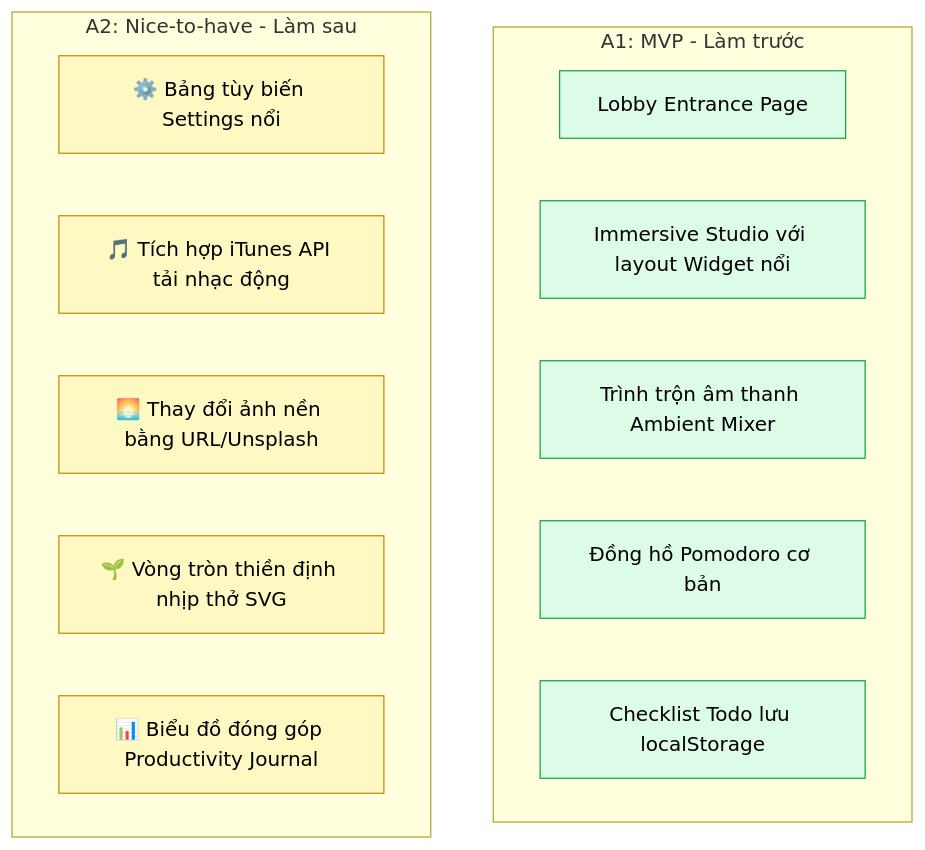
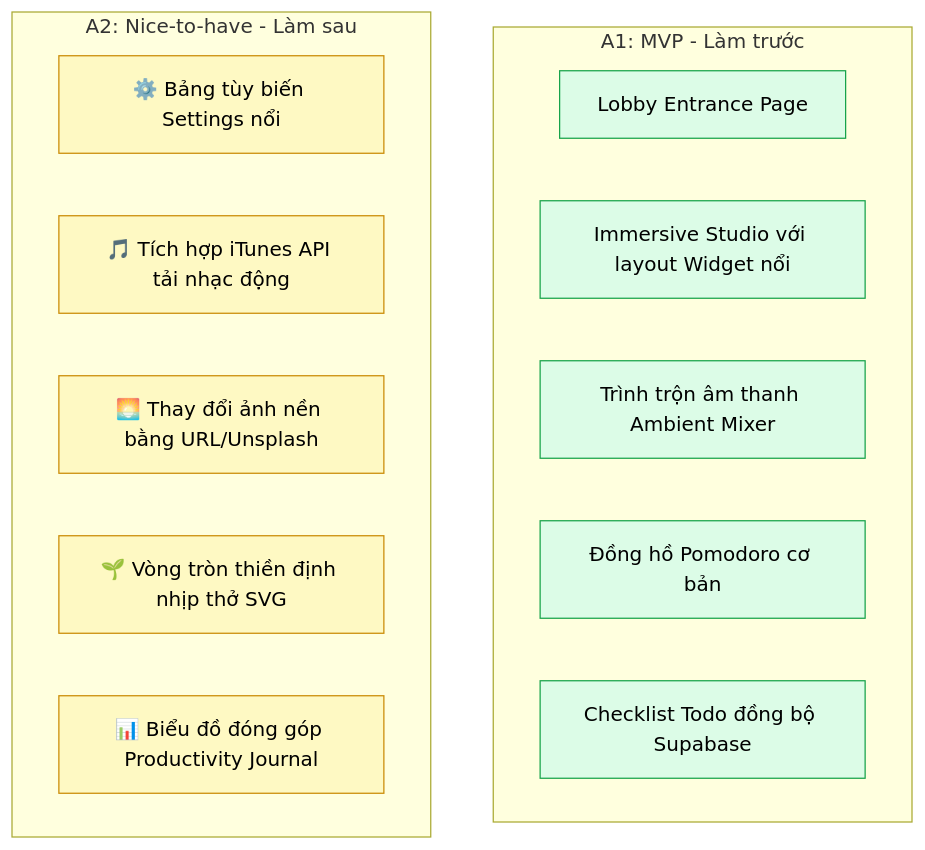
Before and after one commit to thanhmati/antigravity-vibe-coding-course: the fifth of 5 diagrams in docs/section-07-vibe-coding/lesson-01-vibe-coding-overview.md, drawn with Mermaid. The commit also changed other lines of this file and 7 other files, not shown here.

````diff
--- a/docs/section-07-vibe-coding/lesson-01-vibe-coding-overview.md
+++ b/docs/section-07-vibe-coding/lesson-01-vibe-coding-overview.md
@@ -222,29 +222,29 @@
 ```mermaid
 graph TD
     subgraph "A1: MVP - Làm trước"
         M1["Lobby Entrance Page"]
         M2["Immersive Studio với layout Widget nổi"]
         M3["Trình trộn âm thanh Ambient Mixer"]
         M4["Đồng hồ Pomodoro cơ bản"]
-        M5["Checklist Todo lưu localStorage"]
+        M5["Checklist Todo đồng bộ Supabase"]
     end
 
     subgraph "A2: Nice-to-have - Làm sau"
         N1["⚙️ Bảng tùy biến Settings nổi"]
         N2["🎵 Tích hợp iTunes API tải nhạc động"]
         N3["🌅 Thay đổi ảnh nền bằng URL/Unsplash"]
         N4["🌱 Vòng tròn thiền định nhịp thở SVG"]
         N5["📊 Biểu đồ đóng góp Productivity Journal"]
     end
 
     style M1 fill:#dcfce7,stroke:#16a34a,color:#000
     style M2 fill:#dcfce7,stroke:#16a34a,color:#000
     style M3 fill:#dcfce7,stroke:#16a34a,color:#000
     style M4 fill:#dcfce7,stroke:#16a34a,color:#000
     style M5 fill:#dcfce7,stroke:#16a34a,color:#000
     style N1 fill:#fef9c3,stroke:#ca8a04,color:#000
     style N2 fill:#fef9c3,stroke:#ca8a04,color:#000
     style N3 fill:#fef9c3,stroke:#ca8a04,color:#000
     style N4 fill:#fef9c3,stroke:#ca8a04,color:#000
     style N5 fill:#fef9c3,stroke:#ca8a04,color:#000
 ```
````
